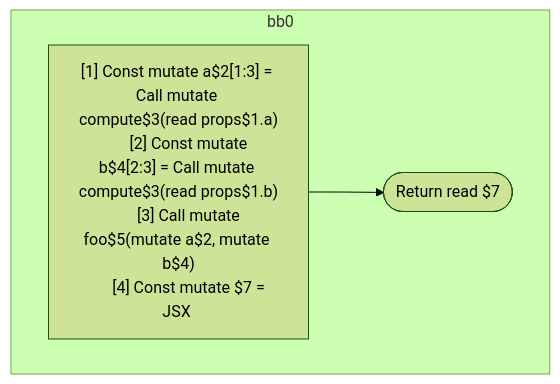
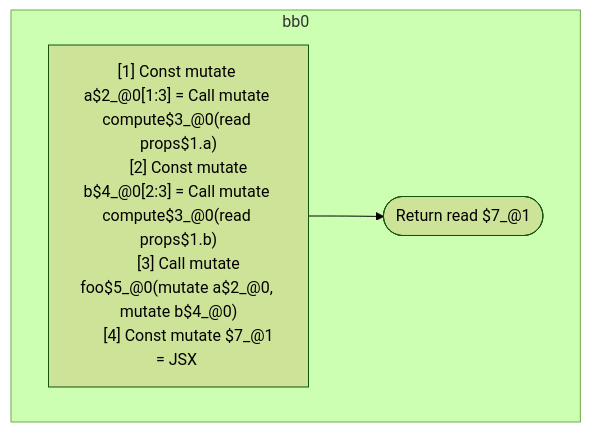
Before and after one commit to wutsmog/private: the first of 4 diagrams in compiler/forget/src/__tests__/fixtures/hir/interdependent.expect.md, drawn with Mermaid (forest theme). The commit also changed other lines of this file and 60 other files, not shown here.

````diff
--- a/compiler/forget/src/__tests__/fixtures/hir/interdependent.expect.md
+++ b/compiler/forget/src/__tests__/fixtures/hir/interdependent.expect.md
@@ -40,16 +40,16 @@
 ```mermaid
 flowchart TB
   %% Basic Blocks
   subgraph bb0
     bb0_instrs["
-      [1] Const mutate a$2[1:3] = Call mutate compute$3(read props$1.a)
-      [2] Const mutate b$4[2:3] = Call mutate compute$3(read props$1.b)
-      [3] Call mutate foo$5(mutate a$2, mutate b$4)
-      [4] Const mutate $7 = JSX <read Foo$6 a={freeze a$2} b={freeze b$4} ></read Foo$6>
+      [1] Const mutate a$2_@0[1:3] = Call mutate compute$3_@0(read props$1.a)
+      [2] Const mutate b$4_@0[2:3] = Call mutate compute$3_@0(read props$1.b)
+      [3] Call mutate foo$5_@0(mutate a$2_@0, mutate b$4_@0)
+      [4] Const mutate $7_@1 = JSX <read Foo$6 a={freeze a$2_@0} b={freeze b$4_@0} ></read Foo$6>
     "]
-    bb0_instrs --> bb0_terminal(["Return read $7"])
+    bb0_instrs --> bb0_terminal(["Return read $7_@1"])
   end
 
   %% Jumps
   %% empty
 ```
````
